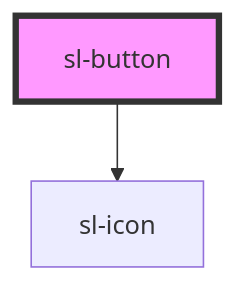
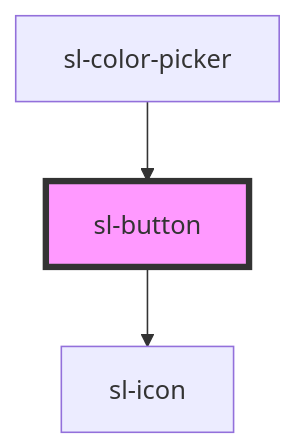
The diagram in src/components/button/readme.md (shoelace-style/shoelace), drawn with Mermaid before and after one commit. The commit also changed other lines of this file and 3 other files, not shown here.

````diff
--- a/src/components/button/readme.md
+++ b/src/components/button/readme.md
@@ -187,5 +191,6 @@
 ```mermaid
 graph TD;
   sl-button --> sl-icon
+  sl-color-picker --> sl-button
   style sl-button fill:#f9f,stroke:#333,stroke-width:4px
 ```
````
